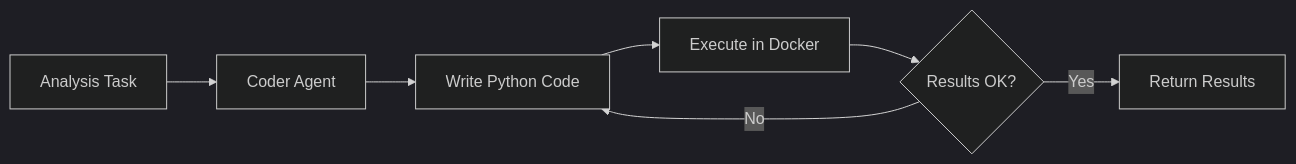
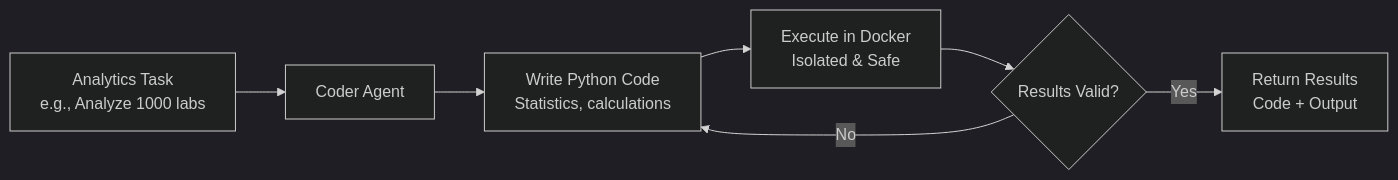
One commit to narsa1985/agents changed the diagram in 3_crew/docs/Crew/3.2/HC_Code_Execution_Agents.md. Above: the diagram before and after it, drawn with Mermaid (dark theme). The commit also changed other lines of this file and 40 other files, not shown here.

````diff
--- a/3_crew/docs/Crew/3.2/HC_Code_Execution_Agents.md
+++ b/3_crew/docs/Crew/3.2/HC_Code_Execution_Agents.md
@@ -30,9 +41,9 @@
 ```mermaid
 flowchart LR
-    Task[Analysis Task] --> Agent[Coder Agent]
-    Agent --> Write[Write Python Code]
-    Write --> Docker[Execute in Docker]
-    Docker --> Check{Results OK?}
+    Task[Analytics Task<br/>e.g., Analyze 1000 labs] --> Agent[Coder Agent]
+    Agent --> Write[Write Python Code<br/>Statistics, calculations]
+    Write --> Docker[Execute in Docker<br/>Isolated & Safe]
+    Docker --> Check{Results Valid?}
     Check --> |No| Write
-    Check --> |Yes| Report[Return Results]
+    Check --> |Yes| Report[Return Results<br/>Code + Output]
 ```
````
